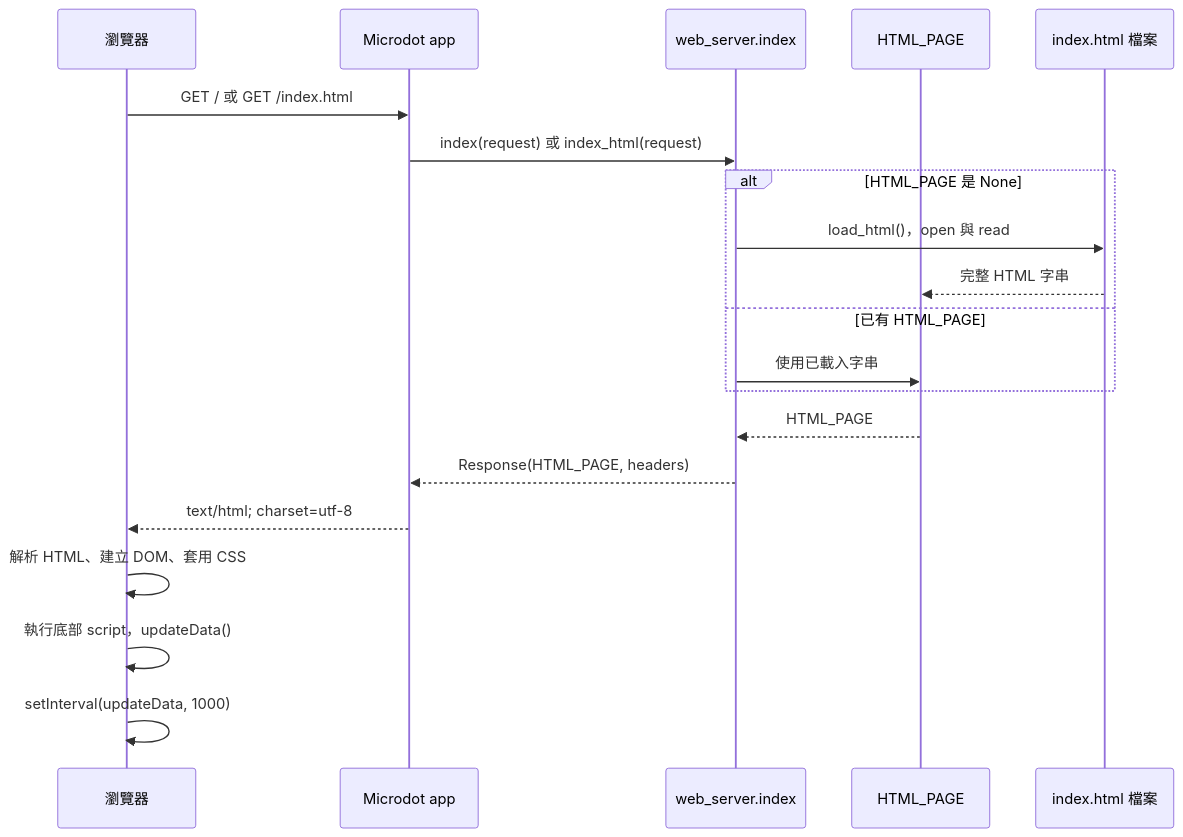
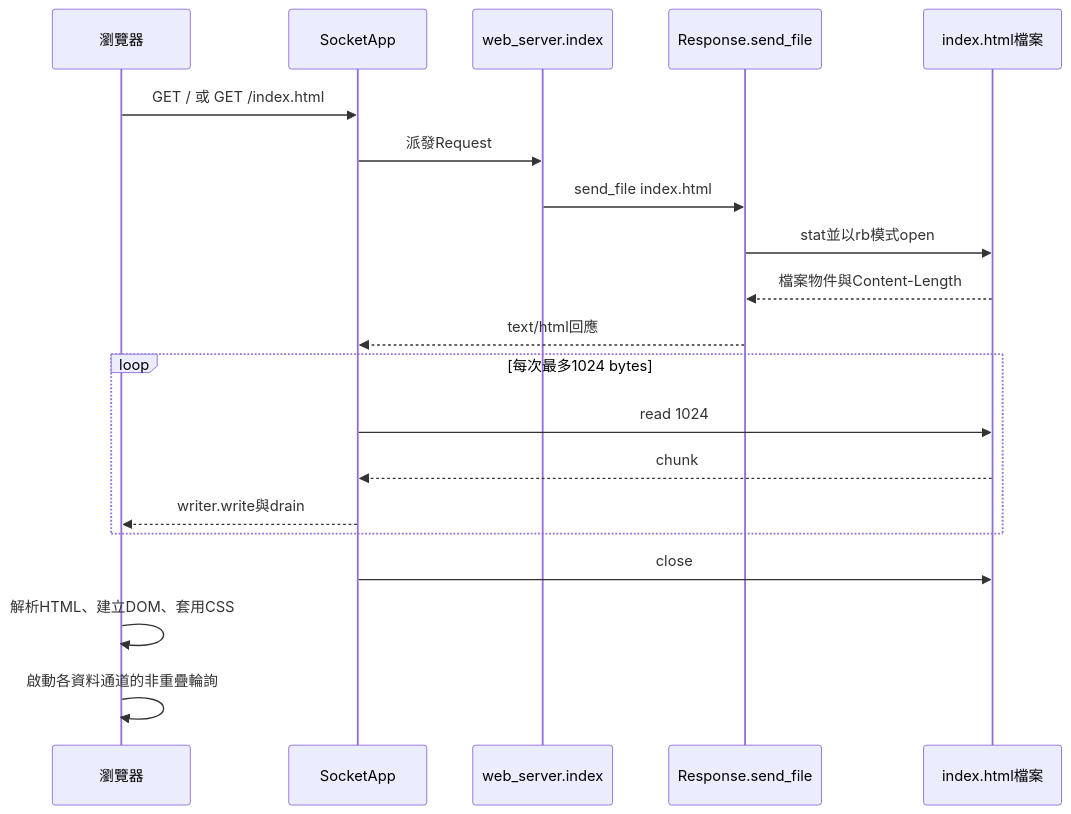
Before and after one commit to change918418-tech/IoT_Course: the fourth of 12 diagrams in WEB_UI_EXECUTION_GUIDE.md, drawn with Mermaid. The commit also changed other lines of this file and 30 other files, not shown here.

````diff
--- a/WEB_UI_EXECUTION_GUIDE.md
+++ b/WEB_UI_EXECUTION_GUIDE.md
@@ -133,22 +133,22 @@
 ```mermaid
 sequenceDiagram
     participant Browser as 瀏覽器
-    participant App as Microdot app
+    participant App as SocketApp
     participant Route as web_server.index
-    participant RAM as HTML_PAGE
-    participant Flash as index.html 檔案
+    participant Response as Response.send_file
+    participant Flash as index.html檔案
     Browser->>App: GET / 或 GET /index.html
-    App->>Route: index(request) 或 index_html(request)
-    alt HTML_PAGE 是 None
-        Route->>Flash: load_html()，open 與 read
-        Flash-->>RAM: 完整 HTML 字串
-    else 已有 HTML_PAGE
-        Route->>RAM: 使用已載入字串
+    App->>Route: 派發Request
+    Route->>Response: send_file index.html
+    Response->>Flash: stat並以rb模式open
+    Flash-->>Response: 檔案物件與Content-Length
+    Response-->>App: text/html回應
+    loop 每次最多1024 bytes
+        App->>Flash: read 1024
+        Flash-->>App: chunk
+        App-->>Browser: writer.write與drain
     end
-    RAM-->>Route: HTML_PAGE
-    Route-->>App: Response(HTML_PAGE, headers)
-    App-->>Browser: text/html#59; charset=utf-8
-    Browser->>Browser: 解析 HTML、建立 DOM、套用 CSS
-    Browser->>Browser: 執行底部 script，updateData()
-    Browser->>Browser: setInterval(updateData, 1000)
+    App->>Flash: close
+    Browser->>Browser: 解析HTML、建立DOM、套用CSS
+    Browser->>Browser: 啟動各資料通道的非重疊輪詢
 ```
````
